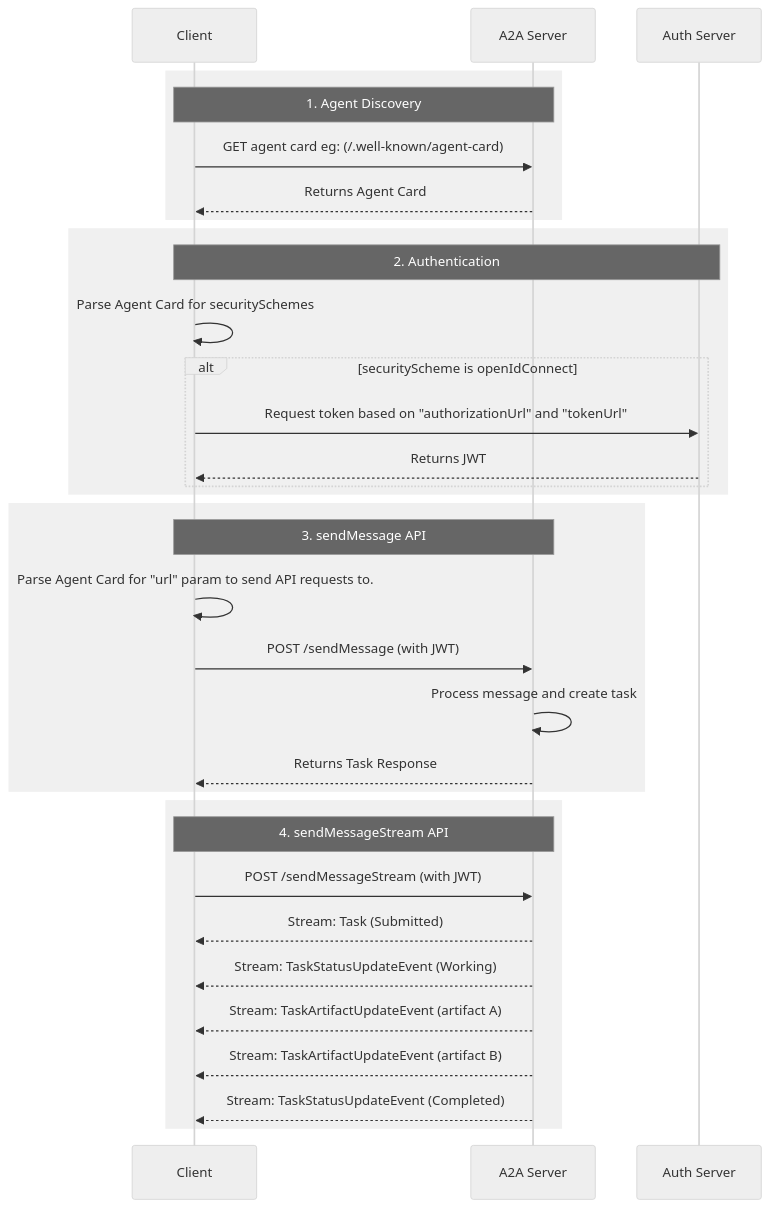
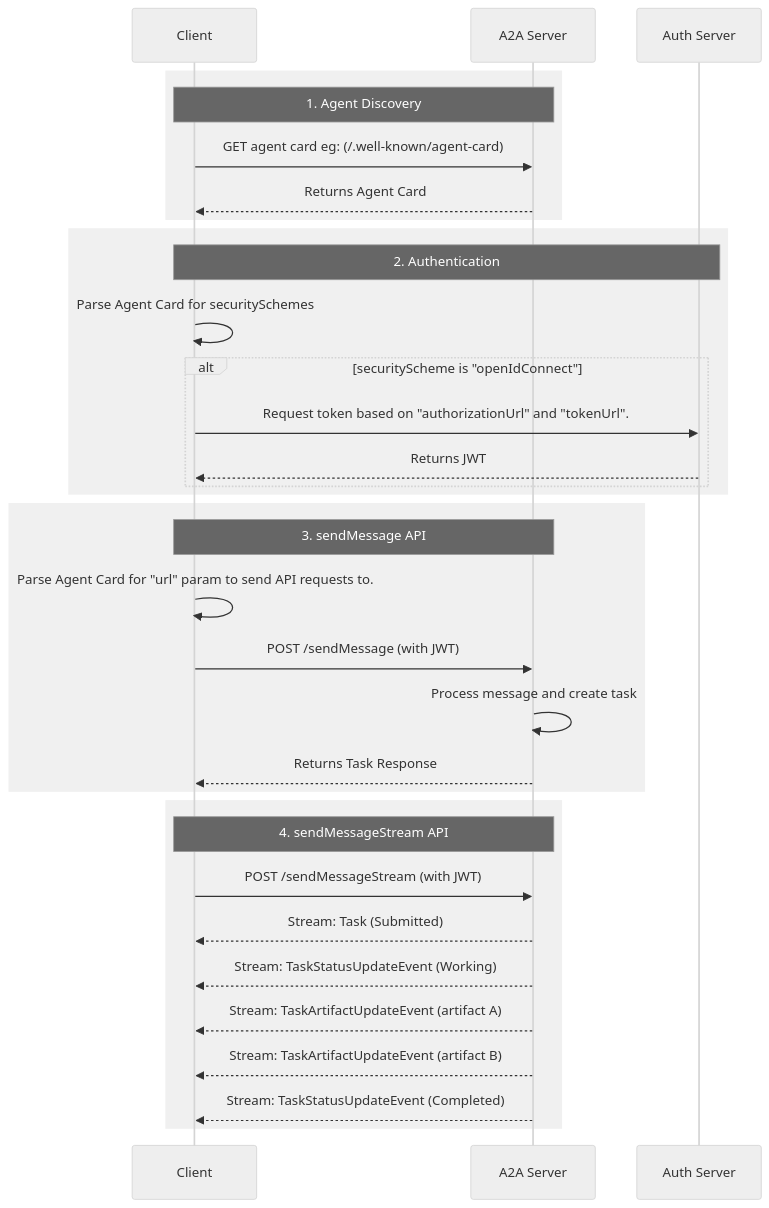
Before and after one commit to abiramit5/A2A: the diagram in docs/topics/what-is-a2a.md, drawn with Mermaid (neutral theme). The commit also changed other lines of this file, not shown here.

````diff
--- a/docs/topics/what-is-a2a.md
+++ b/docs/topics/what-is-a2a.md
@@ -173,39 +168,39 @@
 ```mermaid
 sequenceDiagram
     participant Client
     participant A2A Server
     participant Auth Server
 
     rect rgb(240, 240, 240)
     Note over Client, A2A Server: 1. Agent Discovery
     Client->>A2A Server: GET agent card eg: (/.well-known/agent-card)
     A2A Server-->>Client: Returns Agent Card
     end
 
     rect rgb(240, 240, 240)
     Note over Client, Auth Server: 2. Authentication
     Client->>Client: Parse Agent Card for securitySchemes
-    alt securityScheme is openIdConnect
-        Client->>Auth Server: Request token based on "authorizationUrl" and "tokenUrl"
+    alt securityScheme is "openIdConnect"
+        Client->>Auth Server: Request token based on "authorizationUrl" and "tokenUrl".
         Auth Server-->>Client: Returns JWT
     end
     end
 
     rect rgb(240, 240, 240)
     Note over Client, A2A Server: 3. sendMessage API
     Client->>Client: Parse Agent Card for "url" param to send API requests to.
     Client->>A2A Server: POST /sendMessage (with JWT)
     A2A Server->>A2A Server: Process message and create task
     A2A Server-->>Client: Returns Task Response
     end
 
     rect rgb(240, 240, 240)
     Note over Client, A2A Server: 4. sendMessageStream API
     Client->>A2A Server: POST /sendMessageStream (with JWT)
     A2A Server-->>Client: Stream: Task (Submitted)
     A2A Server-->>Client: Stream: TaskStatusUpdateEvent (Working)
     A2A Server-->>Client: Stream: TaskArtifactUpdateEvent (artifact A)
     A2A Server-->>Client: Stream: TaskArtifactUpdateEvent (artifact B)
     A2A Server-->>Client: Stream: TaskStatusUpdateEvent (Completed)
     end
 ```
````
